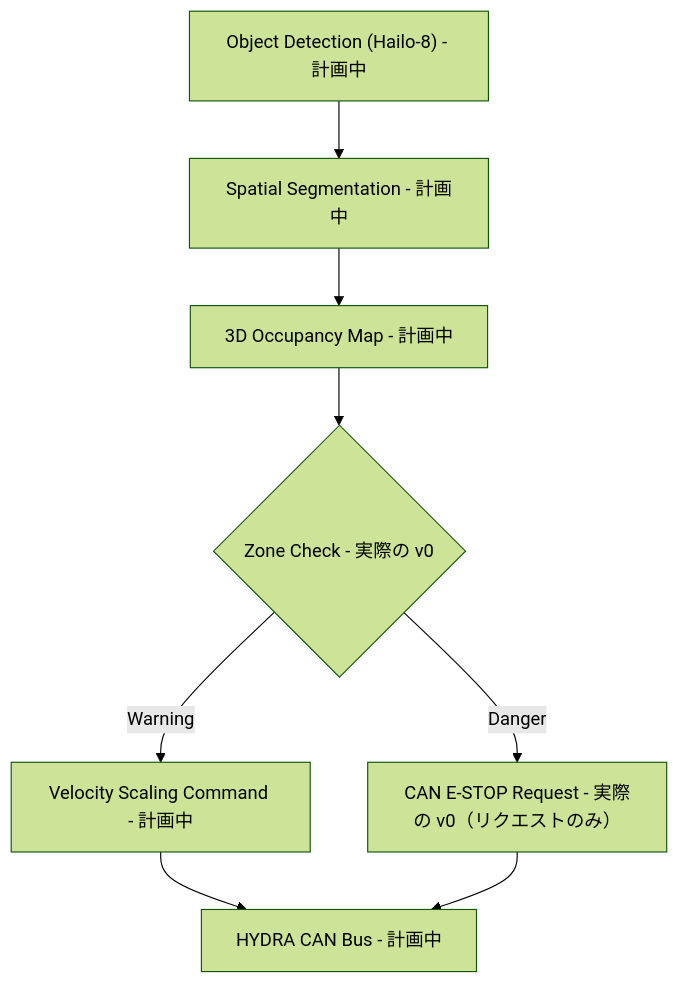
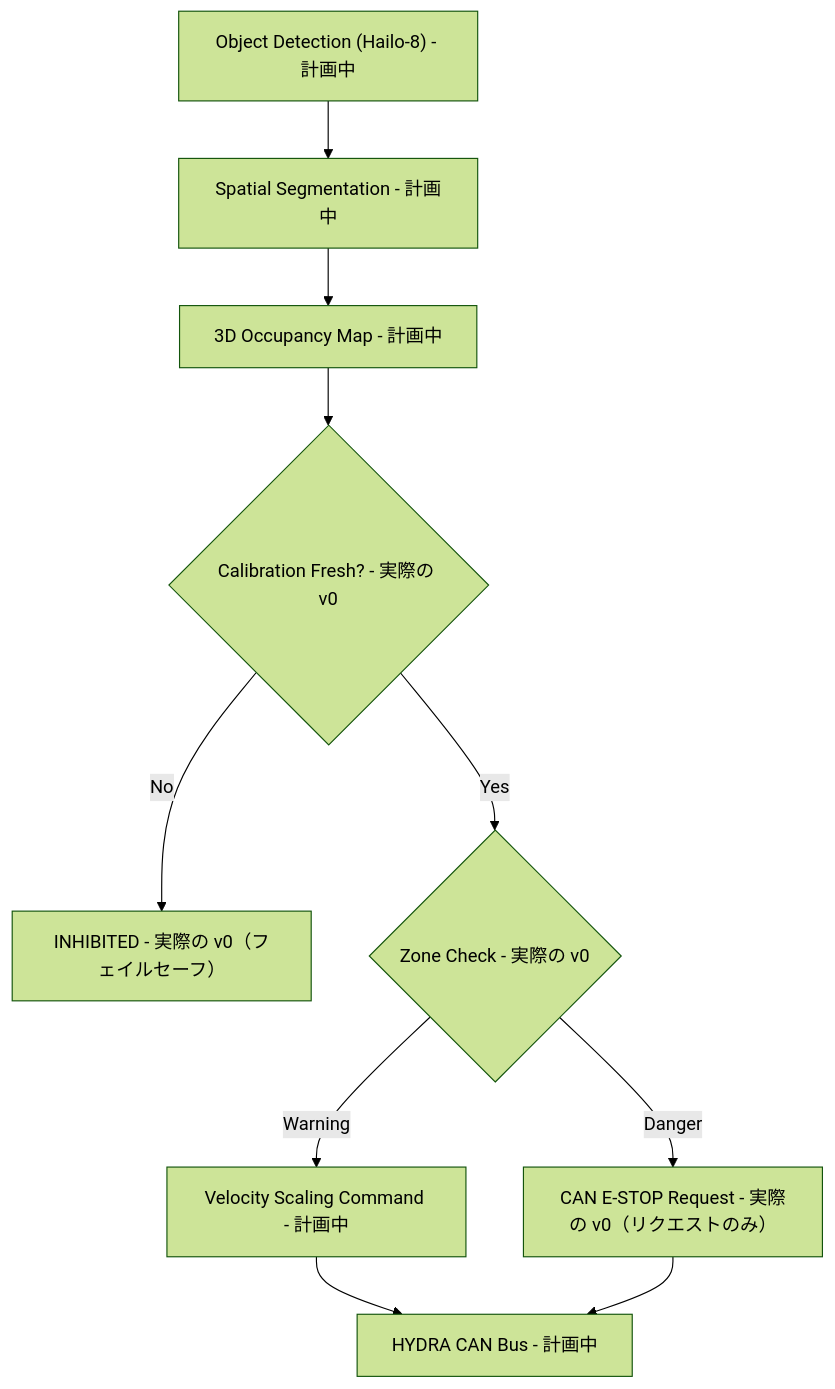
Before and after one commit to JuanenRac/HYDRA-UMC-SAFETY-ZONES: the diagram in README_jpn.md, drawn with Mermaid (forest theme). The commit also changed other lines of this file and 19 other files, not shown here.

````diff
--- a/README_jpn.md
+++ b/README_jpn.md
@@ -75,10 +80,12 @@
 ```mermaid
 flowchart TB
     DET["Object Detection (Hailo-8) - 計画中"] --> SEG["Spatial Segmentation - 計画中"]
     SEG --> MAP["3D Occupancy Map - 計画中"]
-    MAP --> ZONE{"Zone Check - 実際の v0"}
+    MAP --> CAL{"Calibration Fresh? - 実際の v0"}
+    CAL -- No --> INHIBIT["INHIBITED - 実際の v0（フェイルセーフ）"]
+    CAL -- Yes --> ZONE{"Zone Check - 実際の v0"}
     ZONE -- Warning --> SLOW["Velocity Scaling Command - 計画中"]
     ZONE -- Danger --> STOP["CAN E-STOP Request - 実際の v0（リクエストのみ）"]
     SLOW --> CAN["HYDRA CAN Bus - 計画中"]
     STOP --> CAN
 ```
````
